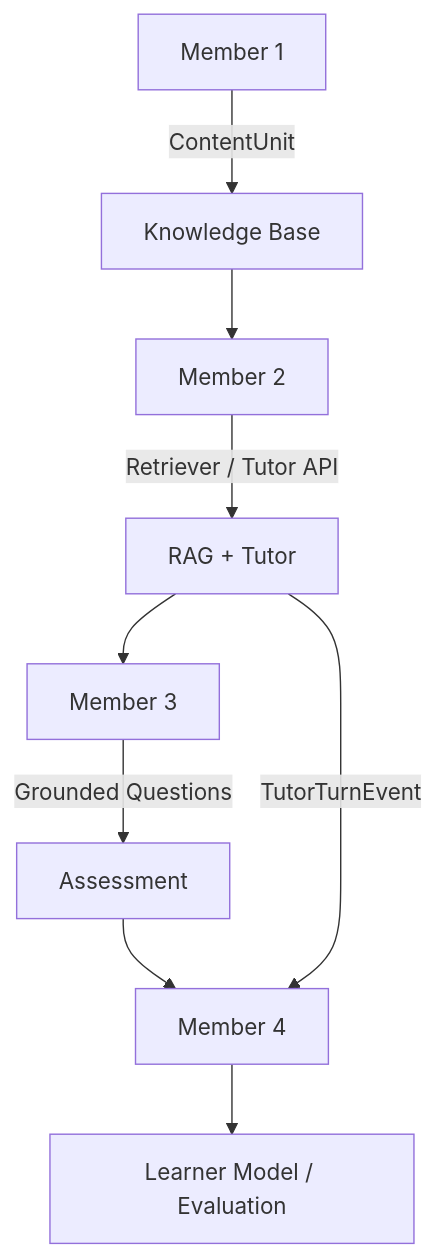
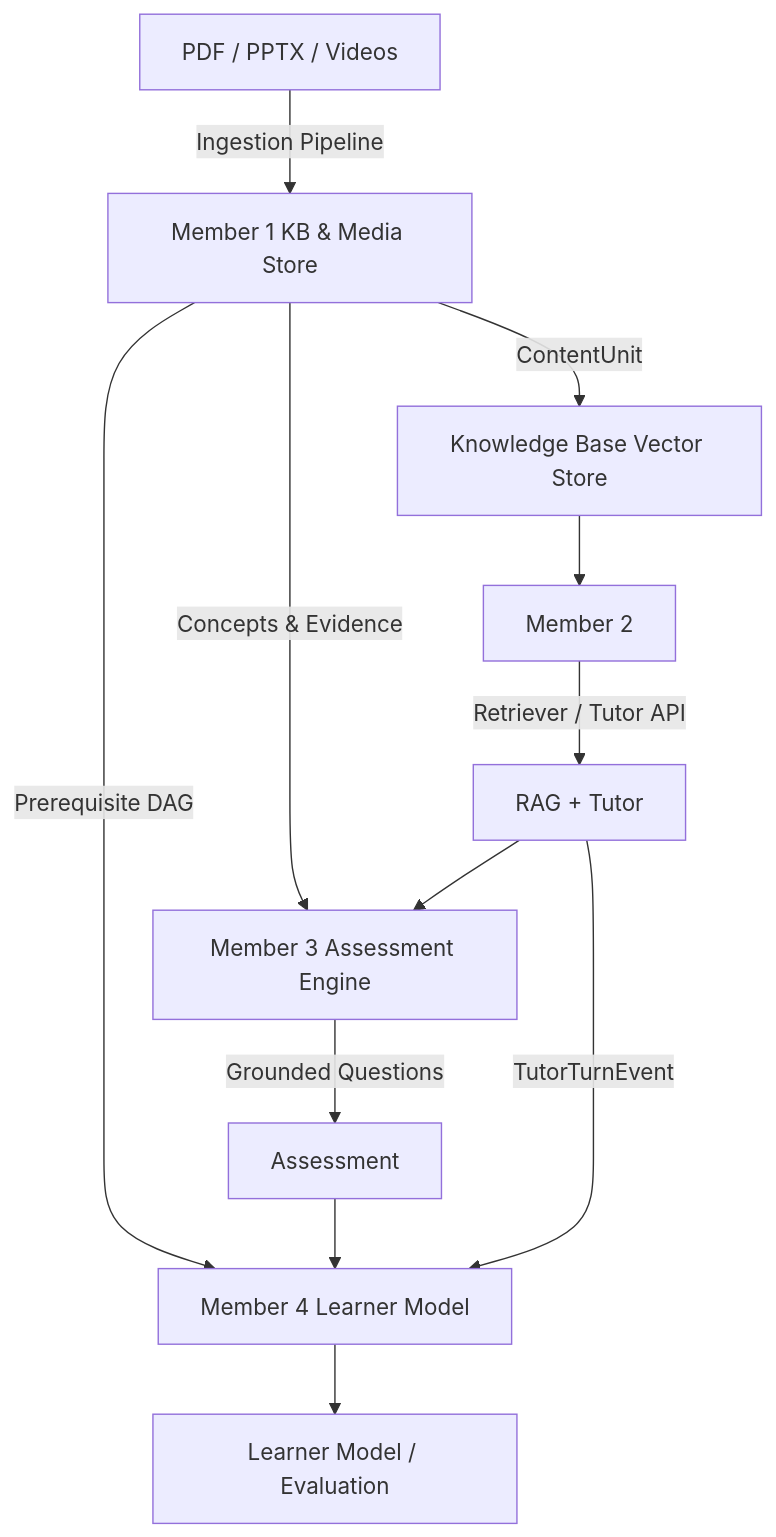
Before and after one commit to shivampatilck-1010/Multimodal-AI-Hackathon-2026: the diagram in docs/INTEGRATION.md, drawn with Mermaid. The commit also changed other lines of this file and 27 other files, not shown here.

Commit message:
feat: implement multimodal ingestion pipeline and knowledge base storage for course materials

````diff
--- a/docs/INTEGRATION.md
+++ b/docs/INTEGRATION.md
@@ -7,11 +7,14 @@
 ```mermaid
 flowchart TD
-    M1[Member 1] -->|ContentUnit| KB[Knowledge Base]
+    Raw[PDF / PPTX / Videos] -->|Ingestion Pipeline| M1[Member 1 KB & Media Store]
+    M1 -->|ContentUnit| KB[Knowledge Base Vector Store]
+    M1 -->|Concepts & Evidence| M3[Member 3 Assessment Engine]
+    M1 -->|Prerequisite DAG| M4[Member 4 Learner Model]
     KB --> M2[Member 2]
     M2 -->|Retriever / Tutor API| RAG[RAG + Tutor]
-    RAG --> M3[Member 3]
+    RAG --> M3
     M3 -->|Grounded Questions| A[Assessment]
-    A --> M4[Member 4]
+    A --> M4
     RAG -->|TutorTurnEvent| M4
     M4 --> LM[Learner Model / Evaluation]
 ```
````
